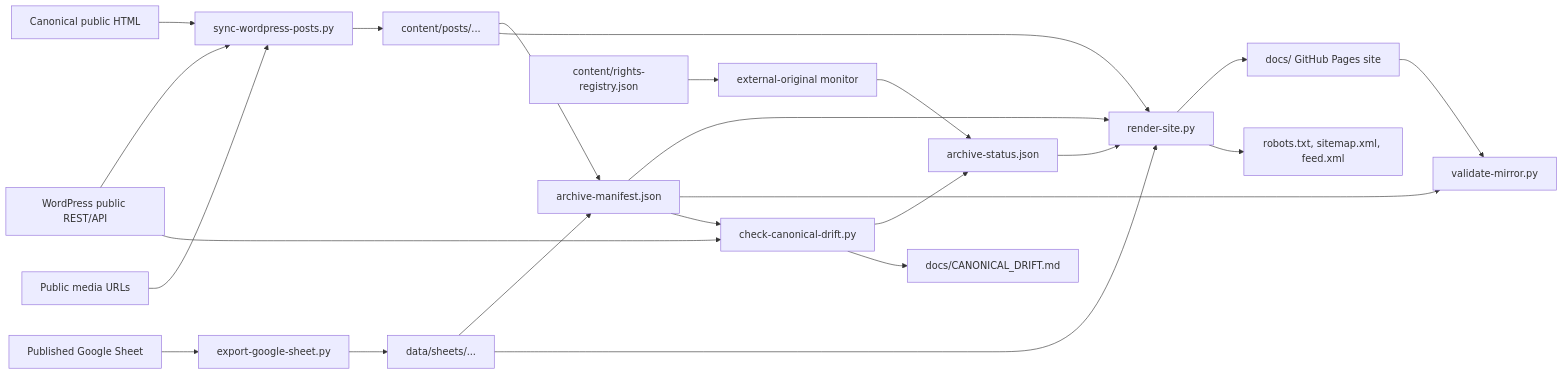
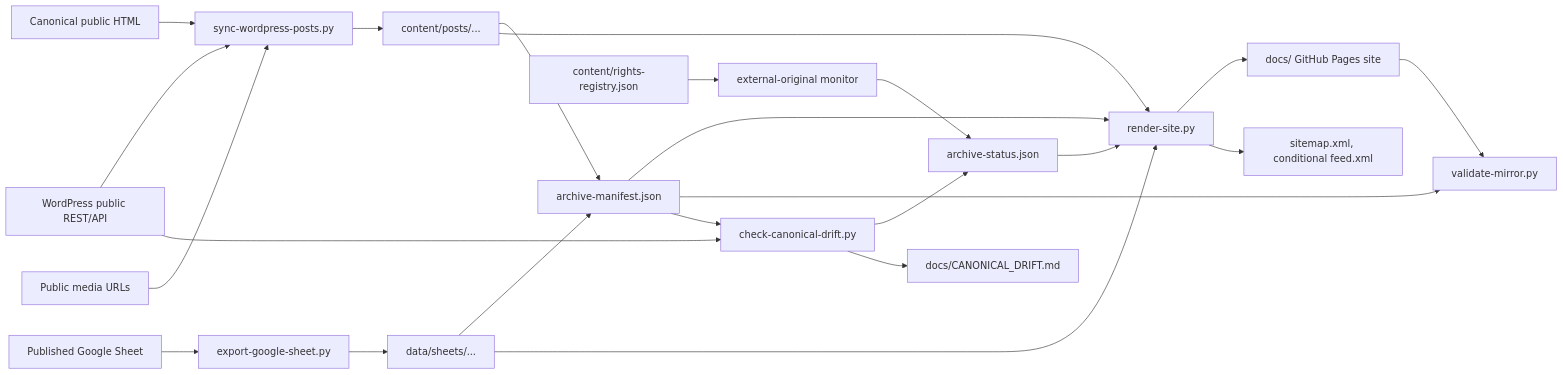
Before and after one commit to daryll-swer/daryllswer.com-archive: the diagram in ARCHITECTURE.md, drawn with Mermaid. The commit also changed other lines of this file and 9 other files, not shown here.

````diff
--- a/ARCHITECTURE.md
+++ b/ARCHITECTURE.md
@@ -80,25 +80,25 @@
 ```mermaid
 flowchart LR
   WP["WordPress public REST/API"] --> Sync["sync-wordpress-posts.py"]
   HTML["Canonical public HTML"] --> Sync
   Media["Public media URLs"] --> Sync
   Sheet["Published Google Sheet"] --> SheetExport["export-google-sheet.py"]
   Sync --> Posts["content/posts/..."]
   SheetExport --> Sheets["data/sheets/..."]
   Posts --> Manifest["archive-manifest.json"]
   Sheets --> Manifest
   Posts --> Site["render-site.py"]
   Sheets --> Site
   Manifest --> Site
   Site --> Pages["docs/ GitHub Pages site"]
   Manifest --> Validate["validate-mirror.py"]
   Pages --> Validate
   Manifest --> Drift["check-canonical-drift.py"]
   WP --> Drift
   Drift --> Status["archive-status.json"]
   Drift --> DriftReport["docs/CANONICAL_DRIFT.md"]
   Rights["content/rights-registry.json"] --> SourceHealth["external-original monitor"]
   SourceHealth --> Status
   Status --> Site
-  Site --> Discovery["robots.txt, sitemap.xml, feed.xml"]
+  Site --> Discovery["sitemap.xml, conditional feed.xml"]
 ```
````
